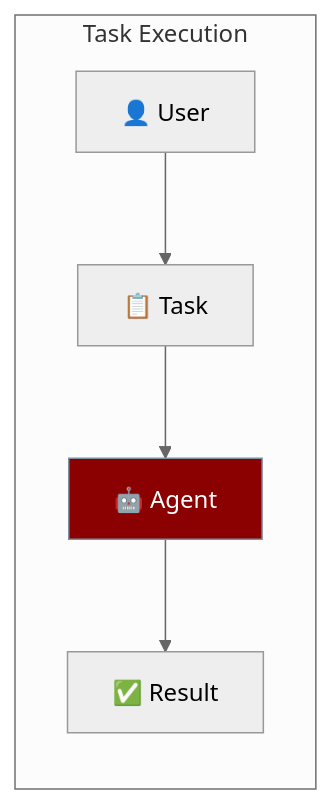
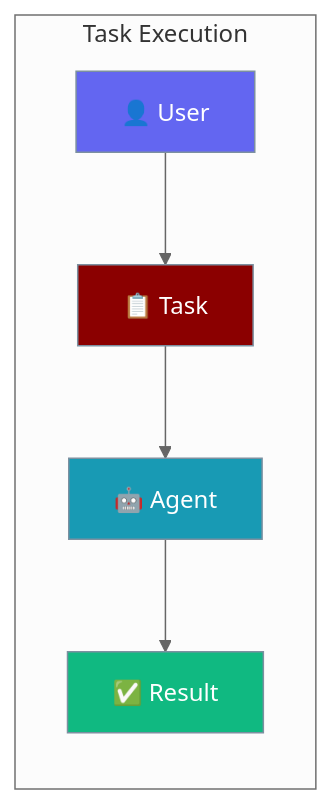
Before and after one commit to MervinPraison/PraisonAIDocs: the first of 3 diagrams in docs/js/tasks.mdx, drawn with Mermaid (neutral theme). The commit also changed other lines of this file and 8 other files, not shown here.

````diff
--- a/docs/js/tasks.mdx
+++ b/docs/js/tasks.mdx
@@ -18,23 +10,18 @@
 ```mermaid
 graph LR
     subgraph "Task Execution"
         A[👤 User] --> B[📋 Task]
         B --> C[🤖 Agent]
         C --> D[✅ Result]
     end
-    
-    
-    class A user
-    class B task
-    class C,D output
 
-    classDef agent fill:#8B0000,stroke:#7C90A0,color:#fff
-    classDef tool fill:#189AB4,stroke:#7C90A0,color:#fff
+    classDef user fill:#6366F1,stroke:#7C90A0,color:#fff
+    classDef task fill:#8B0000,stroke:#7C90A0,color:#fff
+    classDef agent fill:#189AB4,stroke:#7C90A0,color:#fff
+    classDef output fill:#10B981,stroke:#7C90A0,color:#fff
 
     class A user
     class B task
     class C agent
     class D output
-    classDef agent fill:#8B0000,color:#fff
-    classDef tool fill:#189AB4,color:#fff
 ```
````
